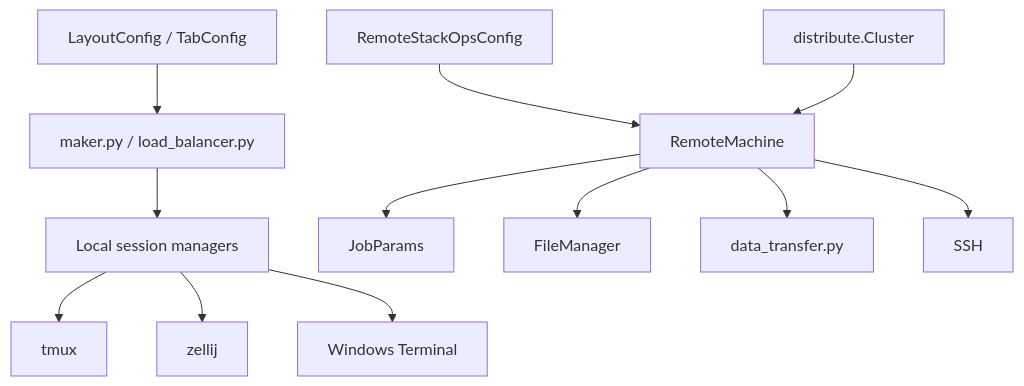
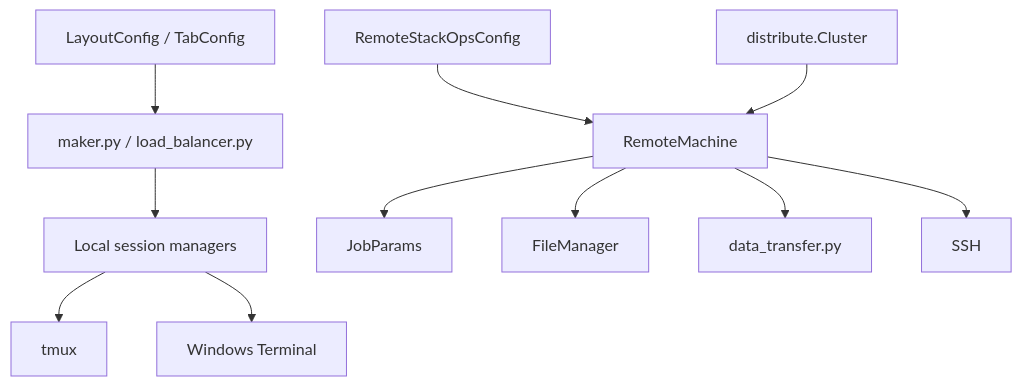
One commit to thisismygitrepo/stackops changed the diagram in docs/api/cluster/index.md. Above: the diagram before and after it, drawn with Mermaid. The commit also changed other lines of this file and 79 other files, not shown here.

````diff
--- a/docs/api/cluster/index.md
+++ b/docs/api/cluster/index.md
@@ -25,16 +22,15 @@
 ```mermaid
 graph TB
     A[LayoutConfig / TabConfig] --> B[maker.py / load_balancer.py]
     B --> C[Local session managers]
     C --> D[tmux]
-    C --> E[zellij]
     C --> F[Windows Terminal]
 
     G[RemoteStackOpsConfig] --> H[RemoteMachine]
     H --> I[JobParams]
     H --> J[FileManager]
     H --> K[data_transfer.py]
     H --> L[SSH]
 
     M[distribute.Cluster] --> H
 ```
````
